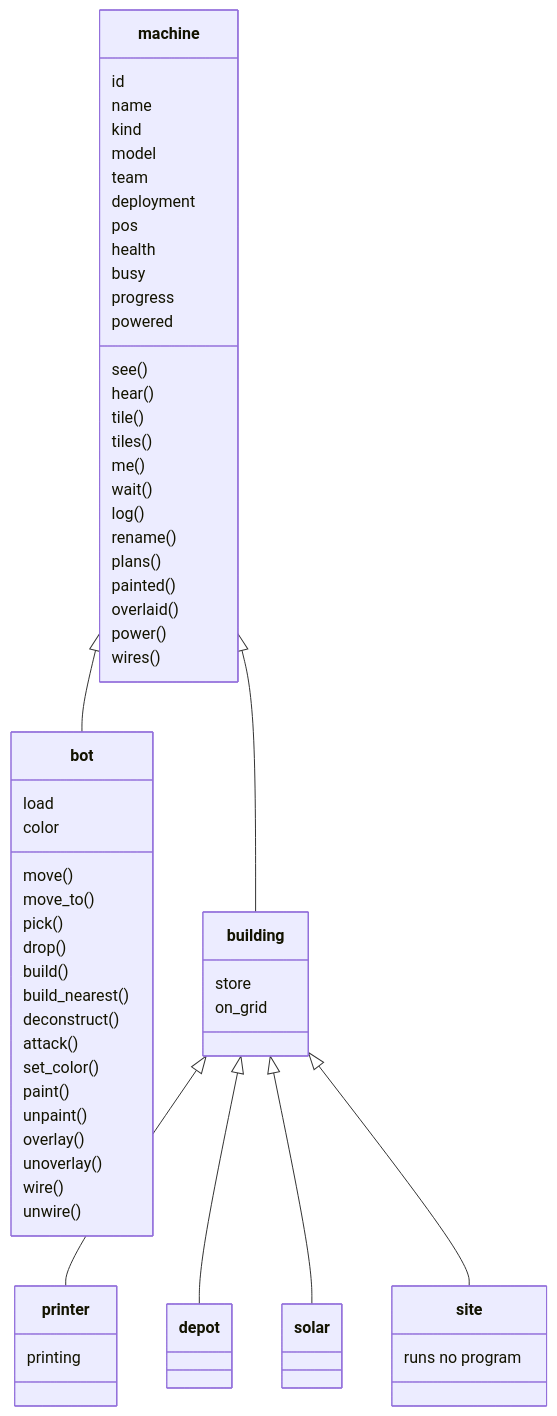
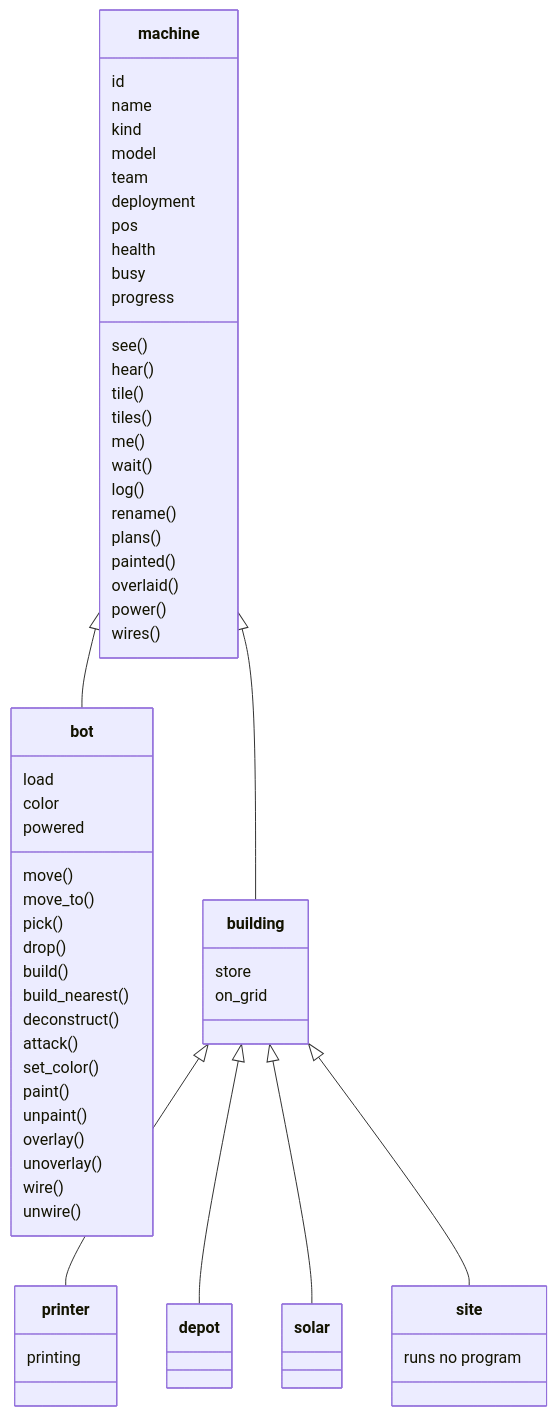
One commit to mmmtastymmm/programming-game-planned-2 changed the diagram in docs/02-machines.md. Above: the diagram before and after it, drawn with Mermaid. The commit also changed other lines of this file and 9 other files, not shown here.

````diff
--- a/docs/02-machines.md
+++ b/docs/02-machines.md
@@ -193,66 +194,66 @@
 ```mermaid
 classDiagram
   class machine {
     id
     name
     kind
     model
     team
     deployment
     pos
     health
     busy
     progress
-    powered
     see()
     hear()
     tile()
     tiles()
     me()
     wait()
     log()
     rename()
     plans()
     painted()
     overlaid()
     power()
     wires()
   }
   class bot {
     load
     color
+    powered
     move()
     move_to()
     pick()
     drop()
     build()
     build_nearest()
     deconstruct()
     attack()
     set_color()
     paint()
     unpaint()
     overlay()
     unoverlay()
     wire()
     unwire()
   }
   class building {
     store
     on_grid
   }
   class printer {
     printing
   }
   class depot
   class solar
   class site {
     runs no program
   }
   machine <|-- bot
   machine <|-- building
   building <|-- printer
   building <|-- depot
   building <|-- solar
   building <|-- site
 ```
````
